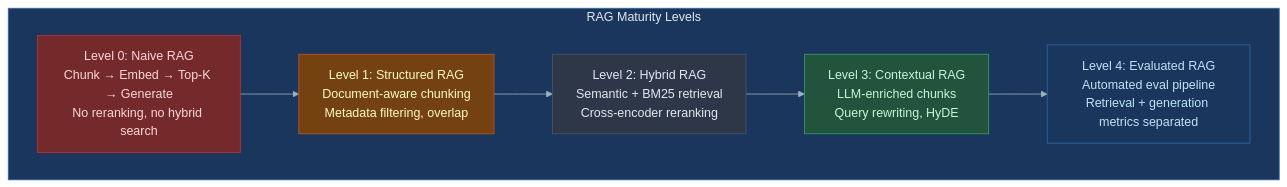
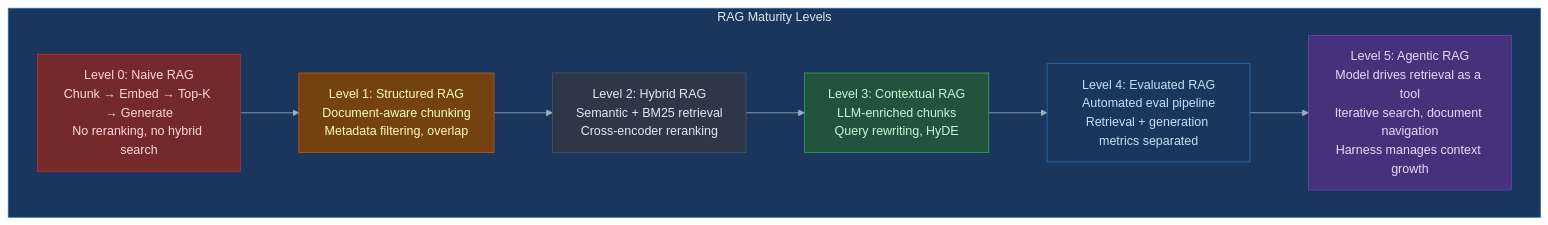
Before and after one commit to Rmohid/agentic-engineering-docs: the second of 2 diagrams in docs/rag-from-concept-to-production.md, drawn with Mermaid. The commit also changed other lines of this file and 2 other files, not shown here.

Commit message:
docs: retrieval and tools — RAG, tool design, solution patterns (September 2026 revision)

````diff
--- a/docs/rag-from-concept-to-production.md
+++ b/docs/rag-from-concept-to-production.md
@@ -134,23 +136,26 @@
 ```mermaid
 %%{init: {'theme': 'base', 'themeVariables': {'primaryColor': '#2d3748', 'primaryTextColor': '#e2e8f0', 'primaryBorderColor': '#4a5568', 'lineColor': '#a0aec0', 'secondaryColor': '#4a5568', 'tertiaryColor': '#1a202c', 'edgeLabelBackground': '#1a365d', 'clusterBkg': '#1a365d', 'clusterBorder': '#2b6cb0'}}}%%
 graph TD
     subgraph Progression["RAG Maturity Levels"]
         L0["Level 0: Naive RAG<br/>Chunk → Embed → Top-K → Generate<br/>No reranking, no hybrid search"]
         L1["Level 1: Structured RAG<br/>Document-aware chunking<br/>Metadata filtering, overlap"]
         L2["Level 2: Hybrid RAG<br/>Semantic + BM25 retrieval<br/>Cross-encoder reranking"]
         L3["Level 3: Contextual RAG<br/>LLM-enriched chunks<br/>Query rewriting, HyDE"]
         L4["Level 4: Evaluated RAG<br/>Automated eval pipeline<br/>Retrieval + generation metrics separated"]
+        L5["Level 5: Agentic RAG<br/>Model drives retrieval as a tool<br/>Iterative search, document navigation<br/>Harness manages context growth"]
 
         L0 --> L1
         L1 --> L2
         L2 --> L3
         L3 --> L4
+        L4 --> L5
     end
 
     style Progression fill:#1a365d,stroke:#2b6cb0,color:#e2e8f0
     style L0 fill:#742a2a,stroke:#c53030,color:#fed7d7
     style L1 fill:#744210,stroke:#c05621,color:#fefcbf
     style L2 fill:#2d3748,stroke:#4a5568,color:#e2e8f0
     style L3 fill:#22543d,stroke:#38a169,color:#c6f6d5
     style L4 fill:#1a365d,stroke:#2b6cb0,color:#bee3f8
+    style L5 fill:#44337a,stroke:#6b46c1,color:#e9d8fd
 ```
````
